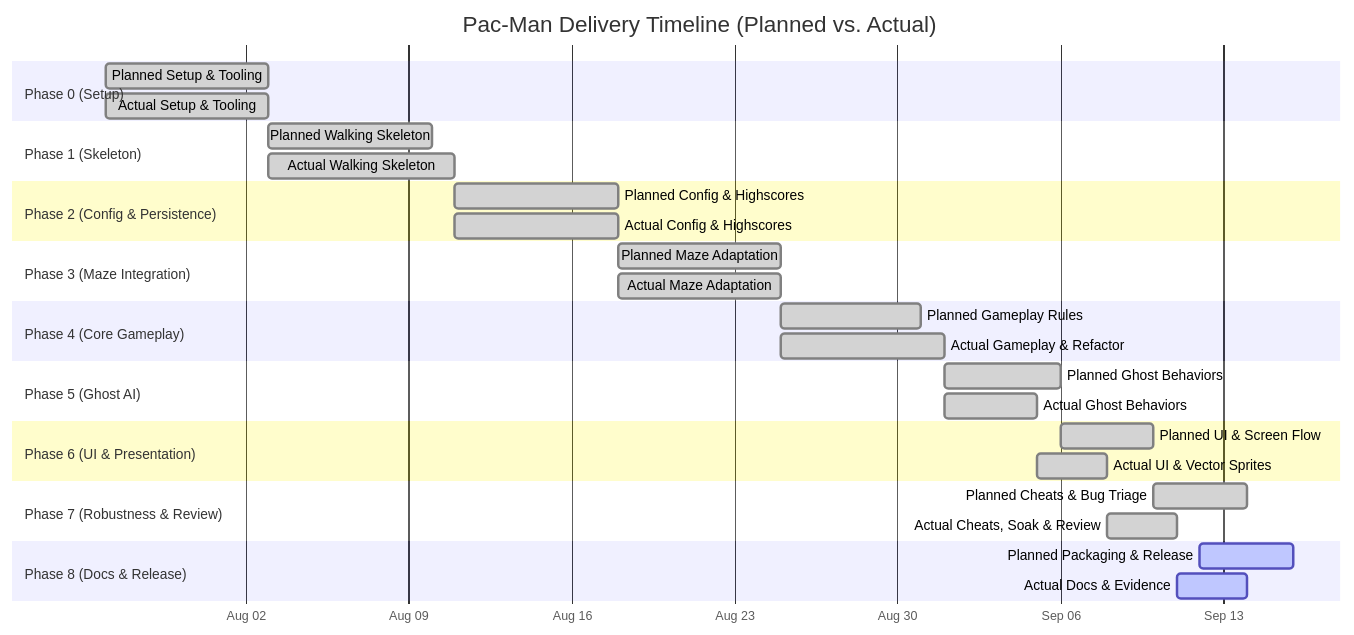
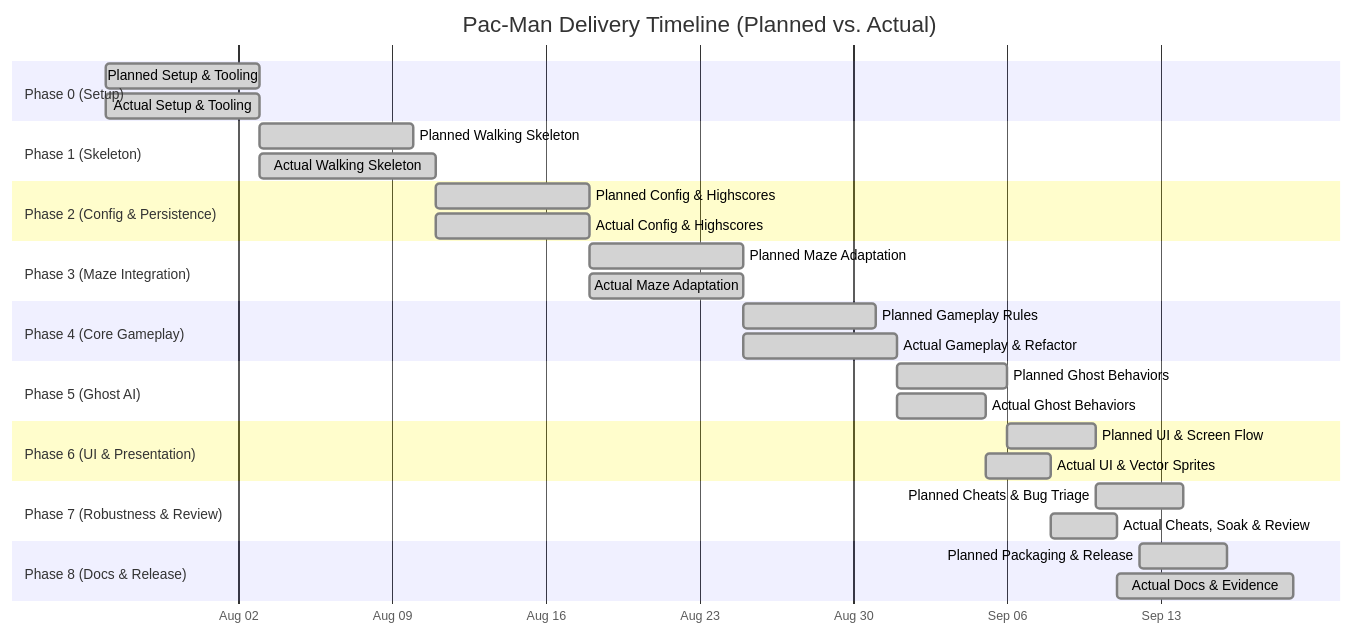
One commit to jayeshmanani/Pacman changed the diagram in project_management/timeline.md. Above: the diagram before and after it, drawn with Mermaid. The commit also changed other lines of this file and 6 other files, not shown here.

````diff
--- a/project_management/timeline.md
+++ b/project_management/timeline.md
@@ -12,42 +12,42 @@
 ```mermaid
 gantt
     title Pac-Man Delivery Timeline (Planned vs. Actual)
     dateFormat  YYYY-MM-DD
     axisFormat  %b %d
 
     section Phase 0 (Setup)
     Planned Setup & Tooling      :done, p0_plan, 2026-07-27, 2026-08-03
     Actual Setup & Tooling       :done, p0_act,  2026-07-27, 2026-08-03
 
     section Phase 1 (Skeleton)
     Planned Walking Skeleton     :done, p1_plan, 2026-08-03, 2026-08-10
     Actual Walking Skeleton      :done, p1_act,  2026-08-03, 2026-08-11
 
     section Phase 2 (Config & Persistence)
     Planned Config & Highscores  :done, p2_plan, 2026-08-11, 2026-08-18
     Actual Config & Highscores   :done, p2_act,  2026-08-11, 2026-08-18
 
     section Phase 3 (Maze Integration)
     Planned Maze Adaptation      :done, p3_plan, 2026-08-18, 2026-08-25
     Actual Maze Adaptation       :done, p3_act,  2026-08-18, 2026-08-25
 
     section Phase 4 (Core Gameplay)
     Planned Gameplay Rules       :done, p4_plan, 2026-08-25, 2026-08-31
     Actual Gameplay & Refactor   :done, p4_act,  2026-08-25, 2026-09-01
 
     section Phase 5 (Ghost AI)
     Planned Ghost Behaviors      :done, p5_plan, 2026-09-01, 2026-09-06
     Actual Ghost Behaviors       :done, p5_act,  2026-09-01, 2026-09-05
 
     section Phase 6 (UI & Presentation)
     Planned UI & Screen Flow     :done, p6_plan, 2026-09-06, 2026-09-10
     Actual UI & Vector Sprites   :done, p6_act,  2026-09-05, 2026-09-08
 
     section Phase 7 (Robustness & Review)
     Planned Cheats & Bug Triage  :done, p7_plan, 2026-09-10, 2026-09-14
     Actual Cheats, Soak & Review :done, p7_act,  2026-09-08, 2026-09-11
 
     section Phase 8 (Docs & Release)
-    Planned Packaging & Release  :active, p8_plan, 2026-09-12, 2026-09-16
-    Actual Docs & Evidence       :active, p8_act,  2026-09-11, 2026-09-14
+    Planned Packaging & Release  :done, p8_plan, 2026-09-12, 2026-09-16
+    Actual Docs & Evidence       :done, p8_act,  2026-09-11, 2026-09-19
 ```
````
